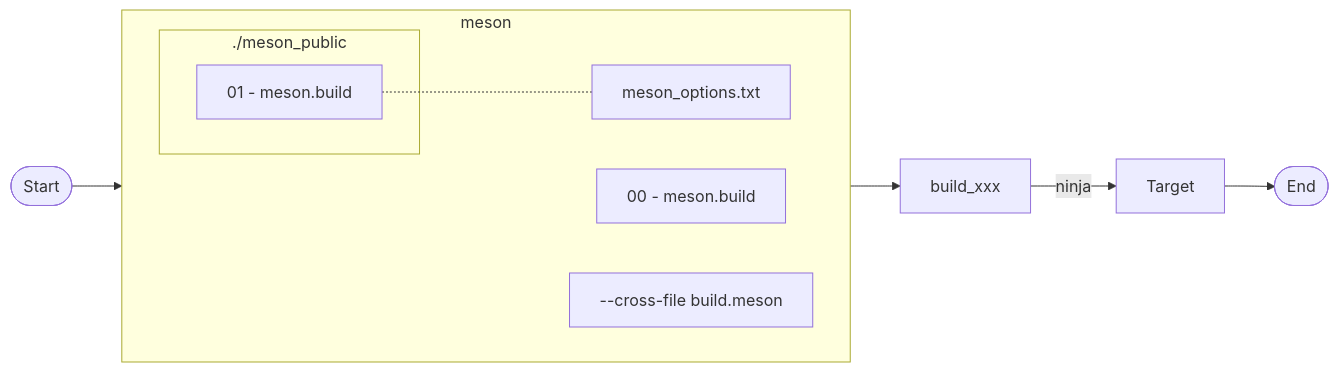
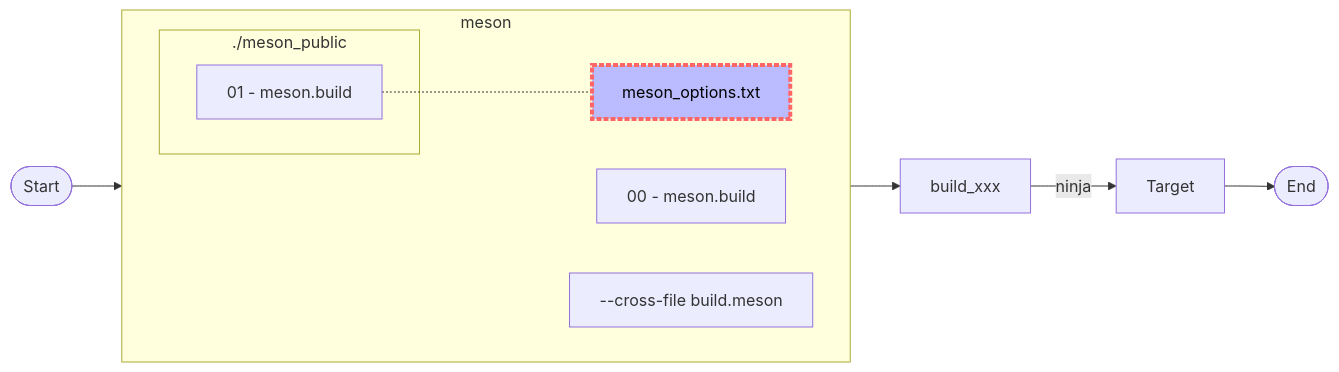
One commit to lankahsu520/makeXcmakeXmesonXgn changed the third of 4 diagrams in README.md. Above: the diagram before and after it, drawn with Mermaid.

Commit message:
update README.md, 1.4. GN (Generate Ninja)

````diff
--- a/README.md
+++ b/README.md
@@ -67,18 +67,20 @@
 ```mermaid
 flowchart LR
 	Start([Start])
 	subgraph meson[meson]
 		direction LR
 		meson_build[00 - meson.build]
 		meson_options[meson_options.txt]
 		cross[--cross-file build.meson]
 		subgraph meson_public[./meson_public]
 			meson_build_public[01 - meson.build]
 		end
 		meson_build_public-..-meson_options
+
+		style meson_options fill:#bbf,color:#000000,stroke:#f66,stroke-width:4px,stroke-dasharray: 5 2
 	end
 	End([End])
 	
 	Start --> meson --> build_xxx --> |ninja|Target --> End
 
 ```
````
